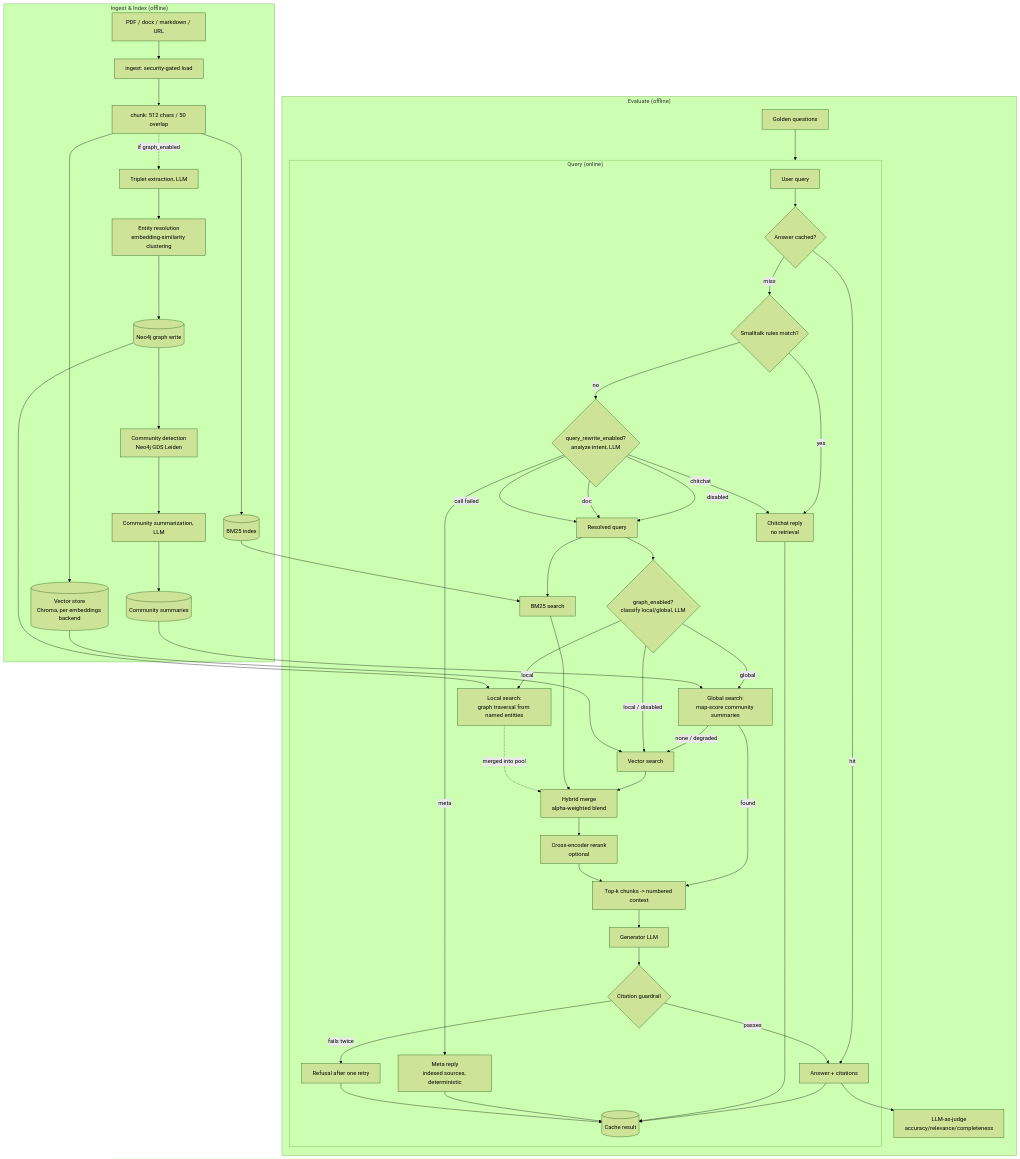
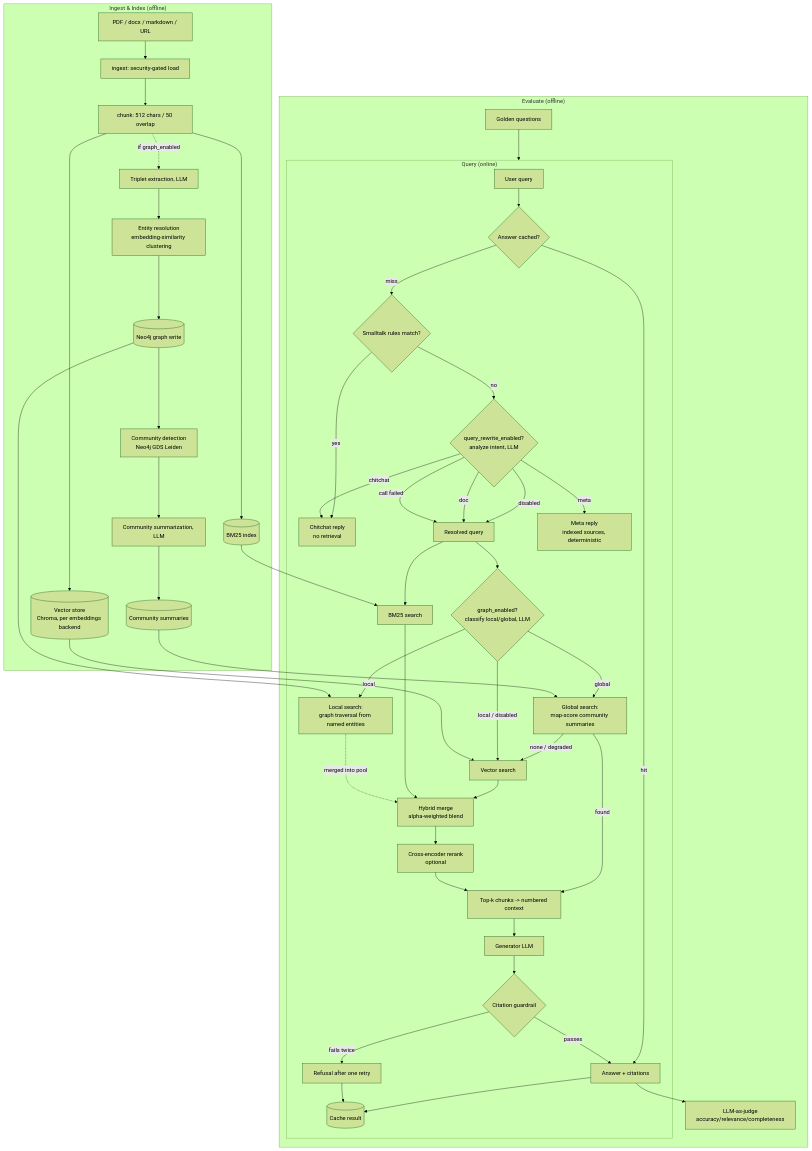
Before and after one commit to iamashraf/ask-the-docs: the diagram in dev-docs/ARCHITECTURE.md, drawn with Mermaid (forest theme). The commit also changed other lines of this file, not shown here.

````diff
--- a/dev-docs/ARCHITECTURE.md
+++ b/dev-docs/ARCHITECTURE.md
@@ -9,58 +9,56 @@
 ```mermaid
 flowchart TD
     subgraph Ingest["Ingest & Index (offline)"]
         SRC[PDF / docx / markdown / URL] --> ING[ingest: security-gated load]
         ING --> CHUNK[chunk: 512 chars / 50 overlap]
         CHUNK --> VEC[(Vector store<br/>Chroma, per embeddings backend)]
         CHUNK --> BM[(BM25 index)]
         CHUNK -. "if graph_enabled" .-> EXTRACT[Triplet extraction, LLM]
         EXTRACT --> RESOLVE[Entity resolution<br/>embedding-similarity clustering]
         RESOLVE --> GWRITE[(Neo4j graph write)]
         GWRITE --> LEIDEN[Community detection<br/>Neo4j GDS Leiden]
         LEIDEN --> CSUM[Community summarization, LLM]
         CSUM --> GSTORE[(Community summaries)]
     end
 
     subgraph Query["Query (online)"]
         Q[User query] --> CACHE{Answer cached?}
         CACHE -- hit --> ANS[Answer + citations]
         CACHE -- miss --> ROUTE{"Smalltalk rules match?"}
         ROUTE -- yes --> CHITCHAT["Chitchat reply<br/>no retrieval"]
         ROUTE -- no --> ANALYZE{"query_rewrite_enabled?<br/>analyze intent, LLM"}
         ANALYZE -- disabled --> RESOLVED["Resolved query"]
         ANALYZE -- doc --> RESOLVED
         ANALYZE -- "call failed" --> RESOLVED
         ANALYZE -- chitchat --> CHITCHAT
         ANALYZE -- meta --> METAREPLY["Meta reply<br/>indexed sources, deterministic"]
         RESOLVED --> CLASSIFY{"graph_enabled?<br/>classify local/global, LLM"}
         CLASSIFY -- "global" --> GLOBAL[Global search:<br/>map-score community summaries]
         GLOBAL -- found --> CTX
         GLOBAL -- "none / degraded" --> VSEARCH
         CLASSIFY -- "local / disabled" --> VSEARCH[Vector search]
         CLASSIFY -- "local" --> LOCAL[Local search:<br/>graph traversal from named entities]
         RESOLVED --> BSEARCH[BM25 search]
         VSEARCH --> MERGE[Hybrid merge<br/>alpha-weighted blend]
         BSEARCH --> MERGE
         LOCAL -. "merged into pool" .-> MERGE
         MERGE --> RERANK[Cross-encoder rerank<br/>optional]
         RERANK --> CTX[Top-k chunks -> numbered context]
         CTX --> GEN[Generator LLM]
         GEN --> GUARD{Citation guardrail}
         GUARD -- fails twice --> REFUSE[Refusal after one retry]
         GUARD -- passes --> ANS
         ANS --> CACHESET[(Cache result)]
-        CHITCHAT --> CACHESET
-        METAREPLY --> CACHESET
         REFUSE --> CACHESET
     end
 
     VEC --> VSEARCH
     BM --> BSEARCH
     GSTORE --> GLOBAL
     GWRITE --> LOCAL
 
     subgraph Evaluate["Evaluate (offline)"]
         GOLD[Golden questions] --> Query
         ANS --> JUDGE[LLM-as-judge<br/>accuracy/relevance/completeness]
     end
 ```
````
